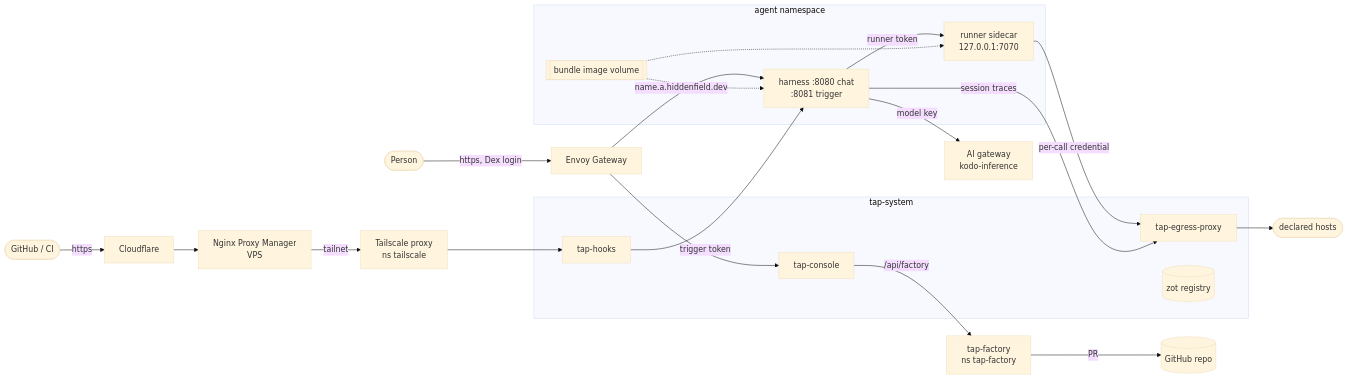
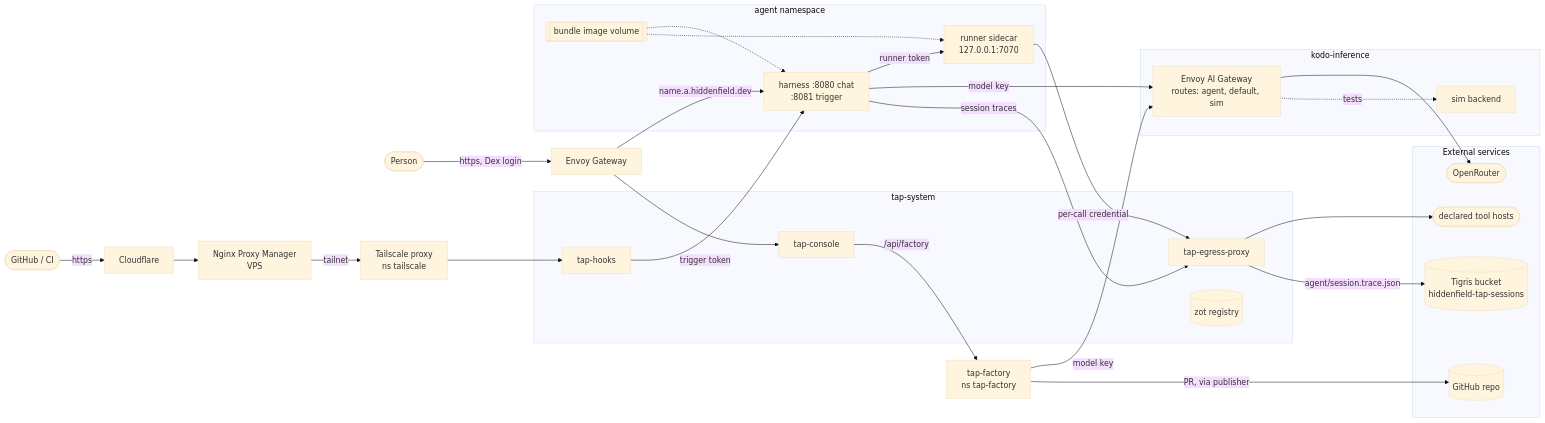
One commit to ipedrazas/tap changed the diagram in docs/architecture.md. Above: the diagram before and after it, drawn with Mermaid (base theme). The commit also changed other lines of this file, not shown here.

Commit message:
docs: add the AI gateway, OpenRouter and the sessions bucket to the architecture

````diff
--- a/docs/architecture.md
+++ b/docs/architecture.md
@@ -16,29 +16,44 @@
 ```mermaid
 flowchart LR
   user([Person]) -->|https, Dex login| gw[Envoy Gateway]
   gh([GitHub / CI]) -->|https| cf[Cloudflare] --> npm[Nginx Proxy Manager<br/>VPS] -->|tailnet| ts[Tailscale proxy<br/>ns tailscale]
 
   subgraph tap-system
     console[tap-console]
     hooks[tap-hooks]
     egress[tap-egress-proxy]
     zot[(zot registry)]
   end
 
   subgraph agentns [agent namespace]
     harness[harness :8080 chat<br/>:8081 trigger]
     runner[runner sidecar<br/>127.0.0.1:7070]
     bundle[[bundle image volume]]
   end
 
+  subgraph kodo [kodo-inference]
+    aigw[Envoy AI Gateway<br/>routes: agent, default, sim]
+    sim[sim backend]
+  end
+
+  subgraph external [External services]
+    openrouter([OpenRouter])
+    bucket[(Tigris bucket<br/>hiddenfield-tap-sessions)]
+    internet([declared tool hosts])
+    repo[(GitHub repo)]
+  end
+
   gw --> console
   gw -->|name.a.hiddenfield.dev| harness
   ts --> hooks -->|trigger token| harness
   harness -->|runner token| runner
-  harness -->|model key| ai[AI gateway<br/>kodo-inference]
-  runner -->|per-call credential| egress --> internet([declared hosts])
-  harness -->|session traces| egress
+  harness -->|model key| aigw
+  aigw --> openrouter
+  aigw -.->|tests| sim
+  runner -->|per-call credential| egress --> internet
+  harness -->|session traces| egress -->|agent/session.trace.json| bucket
   bundle -.-> harness & runner
-  factory[tap-factory<br/>ns tap-factory] -->|PR| repo[(GitHub repo)]
+  factory[tap-factory<br/>ns tap-factory] -->|model key| aigw
+  factory -->|PR, via publisher| repo
   console -->|/api/factory| factory
 ```
````
